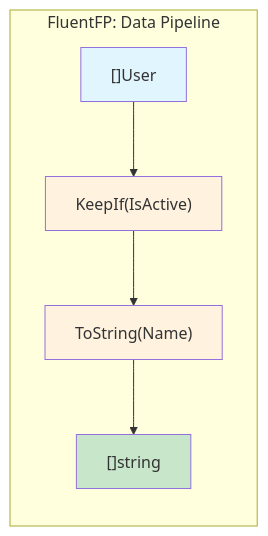
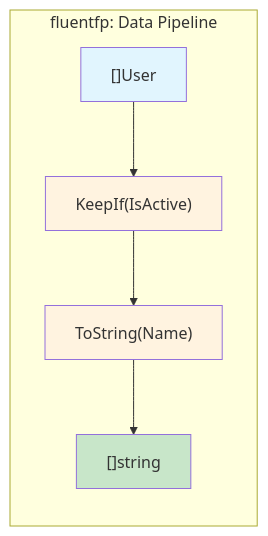
One commit to binaryphile/fluentfp changed the first of 4 diagrams in analysis.md. Above: the diagram before and after it, drawn with Mermaid. The commit also changed other lines of this file and 3 other files, not shown here.

````diff
--- a/analysis.md
+++ b/analysis.md
@@ -7,13 +7,13 @@
 ```mermaid
 flowchart LR
-    subgraph FluentFP["FluentFP: Data Pipeline"]
+    subgraph fluentfp["fluentfp: Data Pipeline"]
         A["[]User"] --> B["KeepIf(IsActive)"]
         B --> C["ToString(Name)"]
         C --> D["[]string"]
     end
 
     style A fill:#e1f5fe
     style D fill:#c8e6c9
     style B fill:#fff3e0
     style C fill:#fff3e0
 ```
````
